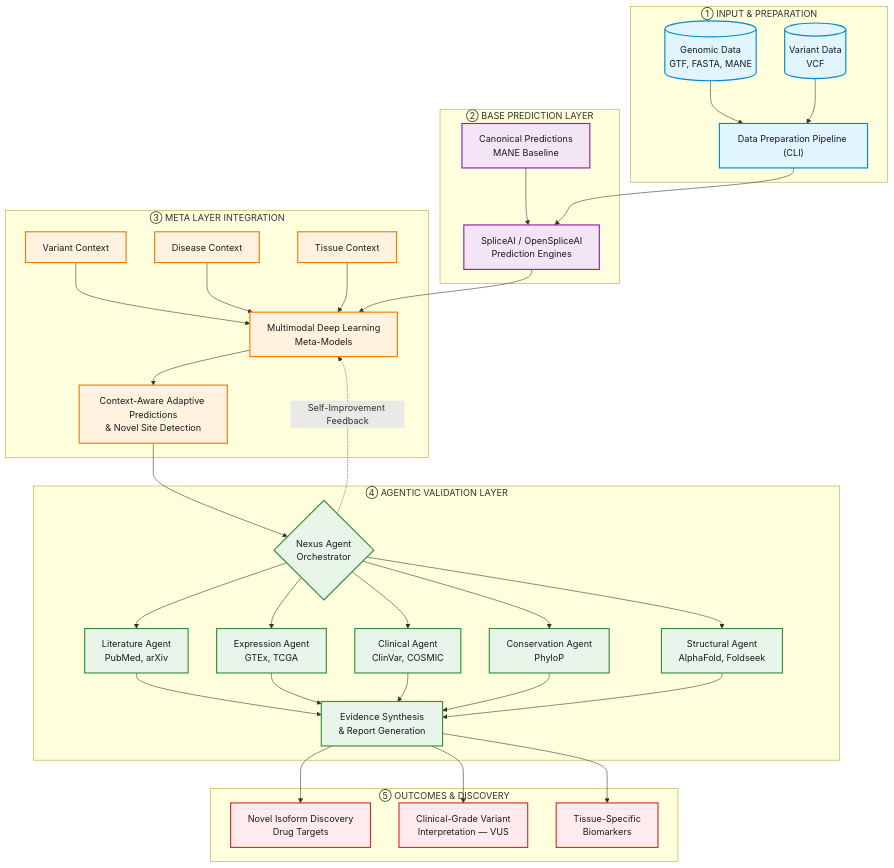
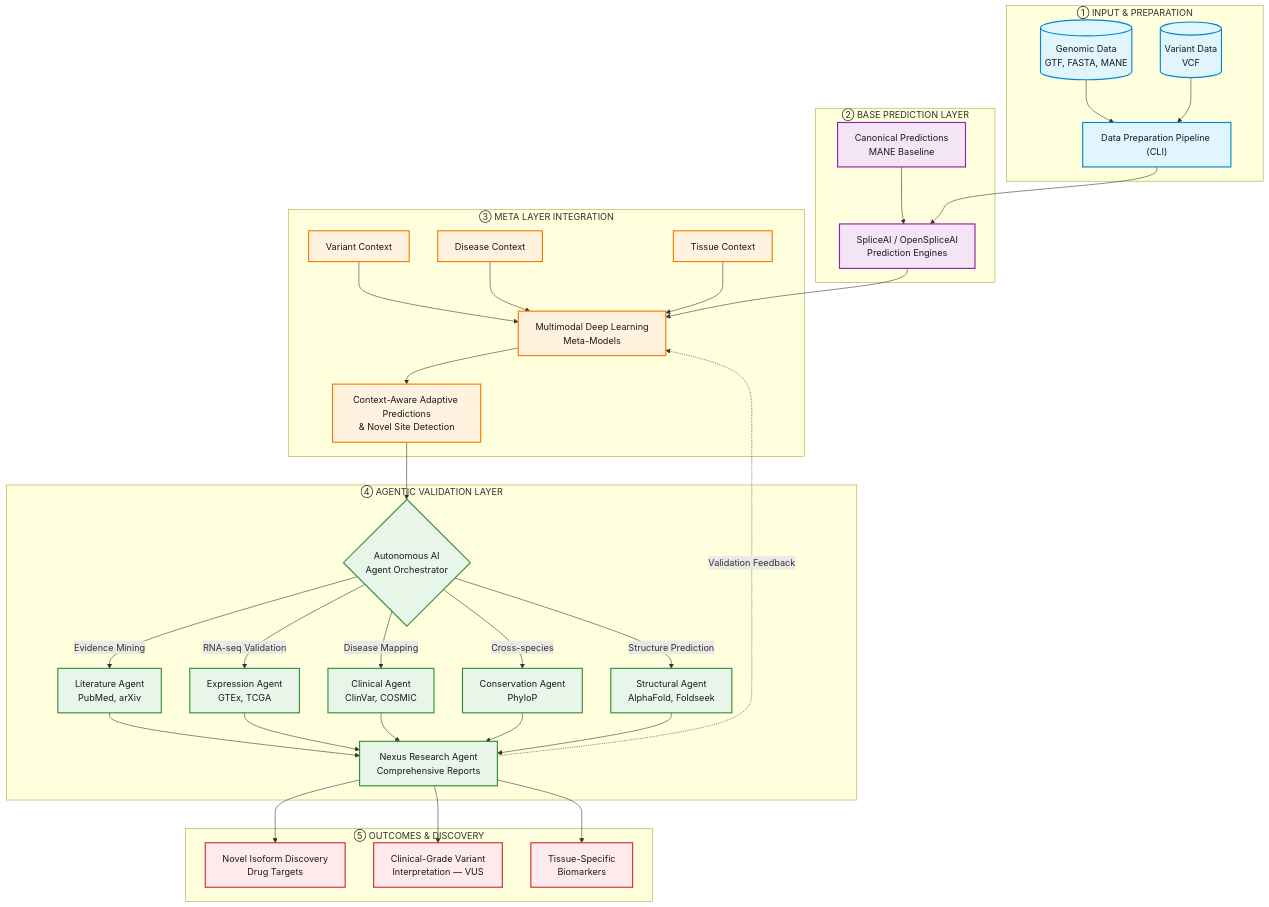
The first of 4 diagrams in README.md (pleiadian53/agentic-spliceai), drawn with Mermaid before and after one commit.

Commit message:
Separate Agent Orchestrator from Nexus Research Agent in workflow diagram
The Orchestrator dispatches to specialized agents (Literature, Expression,
Clinical, Conservation, Structural) while Nexus Research Agent synthesizes
evidence into comprehensive reports. Added descriptive edge labels for
each agent's role.

https://claude.ai/code/session_01PekNHAbzRmH5WMHbntEUUh

````diff
--- a/README.md
+++ b/README.md
@@ -11,79 +11,79 @@
 ```mermaid
 graph TD
     %% Color scheme matching the 5-layer workflow bands
     classDef input fill:#e1f5fe,stroke:#0288d1,stroke-width:2px,color:#1a1a1a
     classDef base fill:#f3e5f5,stroke:#8e24aa,stroke-width:2px,color:#1a1a1a
     classDef meta fill:#fff3e0,stroke:#f57c00,stroke-width:2px,color:#1a1a1a
     classDef agents fill:#e8f5e9,stroke:#388e3c,stroke-width:2px,color:#1a1a1a
     classDef output fill:#ffebee,stroke:#d32f2f,stroke-width:2px,color:#1a1a1a
 
     %% Layer 1: Input & Preparation
     subgraph L1 ["① INPUT & PREPARATION"]
         A1[(Genomic Data<br/>GTF, FASTA, MANE)]:::input
         A2[(Variant Data<br/>VCF)]:::input
         B["Data Preparation Pipeline (CLI)"]:::input
         A1 --> B
         A2 --> B
     end
 
     %% Layer 2: Base Prediction Layer
     subgraph L2 ["② BASE PREDICTION LAYER"]
         C[Canonical Predictions<br/>MANE Baseline]:::base
         D[SpliceAI / OpenSpliceAI<br/>Prediction Engines]:::base
         C --> D
     end
 
     %% Layer 3: Meta Layer Integration
     subgraph L3 ["③ META LAYER INTEGRATION"]
         E1[Variant Context]:::meta
         E2[Disease Context]:::meta
         E3[Tissue Context]:::meta
         F[Multimodal Deep Learning<br/>Meta-Models]:::meta
         G[Context-Aware Adaptive Predictions<br/>& Novel Site Detection]:::meta
         E1 --> F
         E2 --> F
         E3 --> F
         F --> G
     end
 
     %% Layer 4: Agentic Validation Layer
     subgraph L4 ["④ AGENTIC VALIDATION LAYER"]
-        H{Nexus Agent<br/>Orchestrator}:::agents
+        H{Autonomous AI<br/>Agent Orchestrator}:::agents
         I[Literature Agent<br/>PubMed, arXiv]:::agents
         J[Expression Agent<br/>GTEx, TCGA]:::agents
         K[Clinical Agent<br/>ClinVar, COSMIC]:::agents
         L[Conservation Agent<br/>PhyloP]:::agents
         M[Structural Agent<br/>AlphaFold, Foldseek]:::agents
-        S[Evidence Synthesis<br/>& Report Generation]:::agents
-        H --> I
-        H --> J
-        H --> K
-        H --> L
-        H --> M
+        H -->|Evidence Mining| I
+        H -->|RNA-seq Validation| J
+        H -->|Disease Mapping| K
+        H -->|Cross-species| L
+        H -->|Structure Prediction| M
         I --> S
         J --> S
         K --> S
         L --> S
         M --> S
+        S[Nexus Research Agent<br/>Comprehensive Reports]:::agents
     end
 
     %% Layer 5: Outcomes & Discovery
     subgraph L5 ["⑤ OUTCOMES & DISCOVERY"]
         N1[Novel Isoform Discovery<br/>Drug Targets]:::output
         N2[Clinical-Grade Variant<br/>Interpretation — VUS]:::output
         N3[Tissue-Specific<br/>Biomarkers]:::output
     end
 
     %% Inter-layer flow
     B --> D
     D --> F
     G --> H
 
     %% Self-improvement feedback loop
-    H -.->|Self-Improvement Feedback| F
+    S -.->|Validation Feedback| F
 
     %% Validation to outcomes
     S --> N1
     S --> N2
     S --> N3
 ```
````
